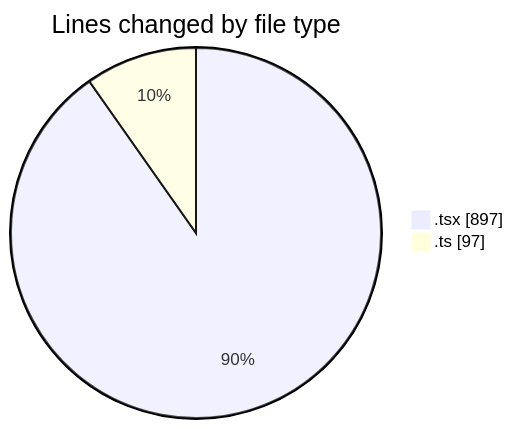
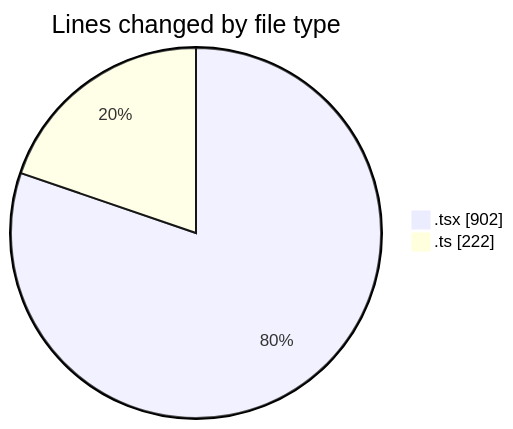
Before and after one commit to robertbonfada/code-tracking: the first of 2 diagrams in 2025-03-19/peregrino-web/README.md, drawn with Mermaid. The commit also changed other lines of this file and 1 other file, not shown here.

````diff
--- a/2025-03-19/peregrino-web/README.md
+++ b/2025-03-19/peregrino-web/README.md
@@ -36,6 +37,6 @@
 ```mermaid
 pie showData
 title Lines changed by file type
-".tsx" : 897
-".ts" : 97
+".tsx" : 902
+".ts" : 222
 ```
````
